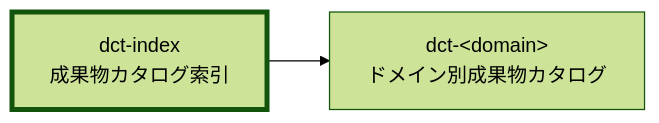
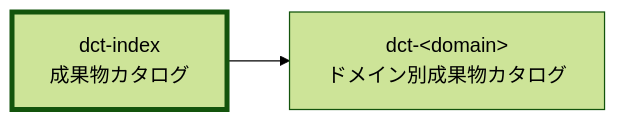
One commit to specdojo/specdojo-handbook changed the diagram in docs/ja/specdojo/rulebooks/dct-index-rulebook.md. Above: the diagram before and after it, drawn with Mermaid (forest theme). The commit also changed other lines of this file and 6 other files, not shown here.

````diff
--- a/docs/ja/specdojo/rulebooks/dct-index-rulebook.md
+++ b/docs/ja/specdojo/rulebooks/dct-index-rulebook.md
@@ -25,10 +25,10 @@
 ```mermaid
 flowchart LR
-  DCT_IDX["dct-index<br>成果物カタログ索引"]
+  DCT_IDX["dct-index<br>成果物カタログ"]
   DCT_DOM["dct-&lt;domain&gt;<br>ドメイン別成果物カタログ"]
 
   DCT_IDX --> DCT_DOM
 
   classDef target stroke-width:4px
   class DCT_IDX target
 ```
````
